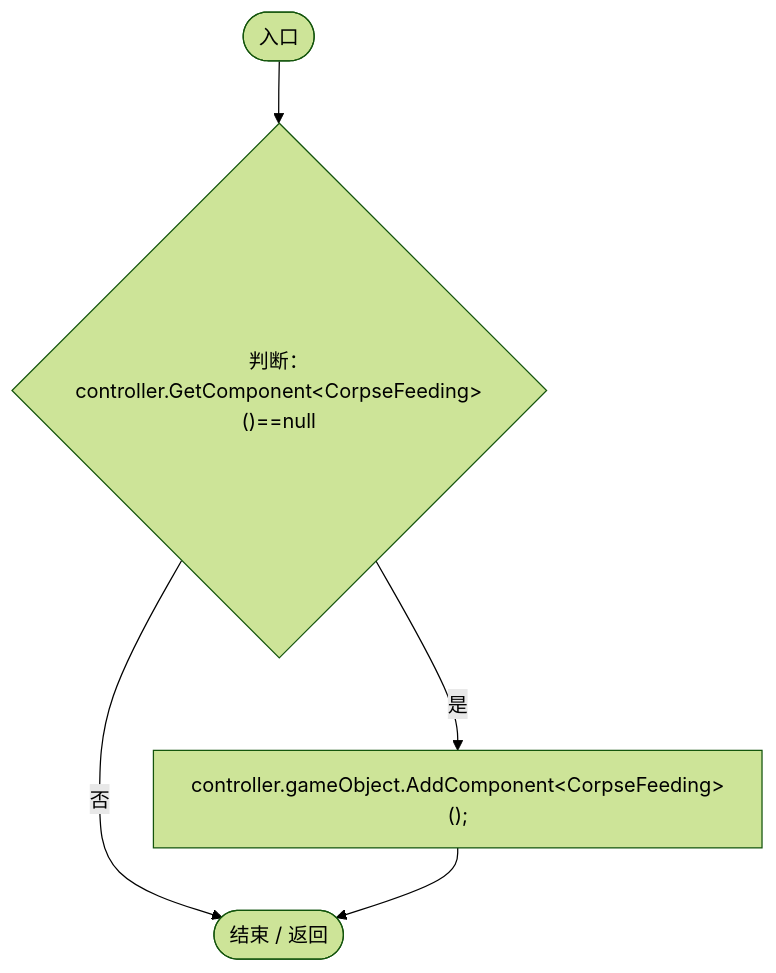
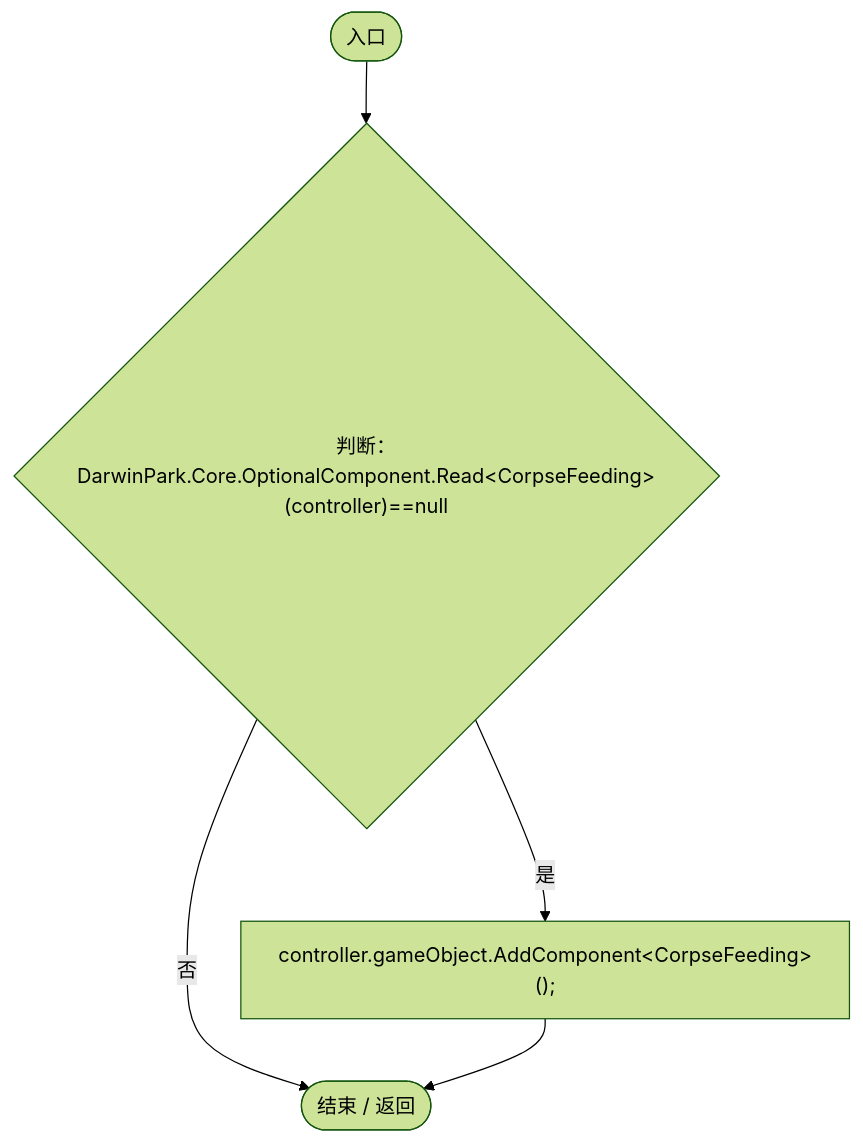
The fourth of 6 diagrams in Docs/运行流程图/脚本/3424ac142ce89828.md (xhs6666/Darwin_paradise), drawn with Mermaid (forest theme) before and after one commit. The commit also changed other lines of this file and 297 other files, not shown here.

````diff
--- a/Docs/运行流程图/脚本/3424ac142ce89828.md
+++ b/Docs/运行流程图/脚本/3424ac142ce89828.md
@@ -91,12 +95,12 @@
 ```mermaid
 flowchart TD
   b0(["入口"])
-  b1{"判断：controller.GetComponent&lt;CorpseFeeding&gt;()==null"}
+  b1{"判断：DarwinPark.Core.OptionalComponent.Read&lt;CorpseFeeding&gt;(controller)==null"}
   b2["controller.gameObject.AddComponent&lt;CorpseFeeding&gt;();"]
   b3(["结束 / 返回"])
   b0 --> b1
   b1 -->|"是"| b2
   b1 -->|"否"| b3
   b2 --> b3
 
 ```
````
